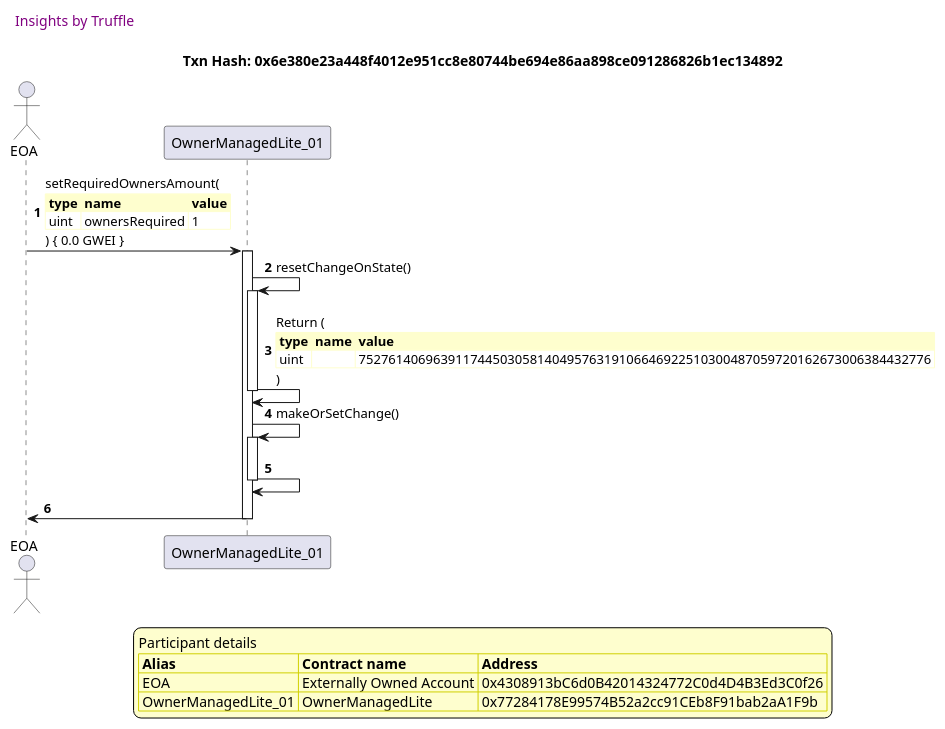
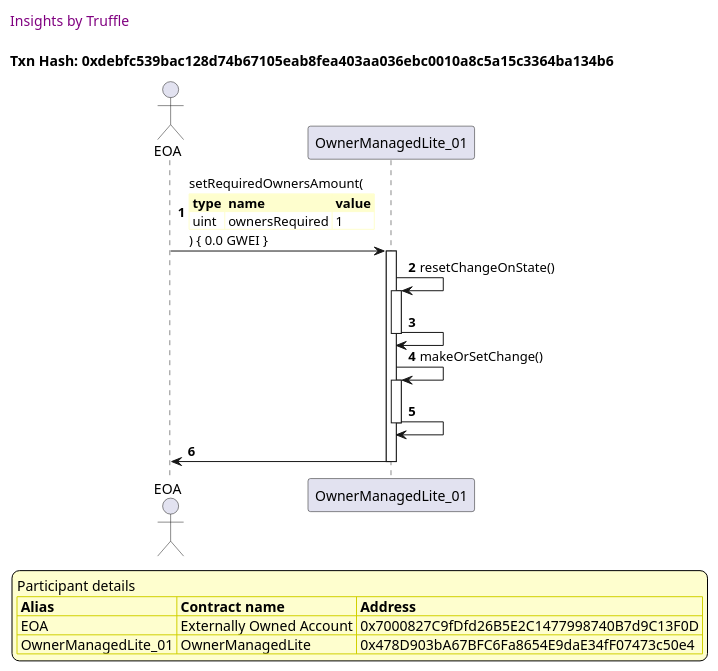
One commit to thedarkjester/ConsensysAssignment changed diagram 12 of 31 in truffle-seq/OwnerManagedLite_test_griefing_prevention.md. Above: the diagram before and after it, drawn with PlantUML. The commit also changed other lines of this file and 13 other files, not shown here.

````diff
--- a/truffle-seq/OwnerManagedLite_test_griefing_prevention.md
+++ b/truffle-seq/OwnerManagedLite_test_griefing_prevention.md
@@ -598,47 +552,44 @@
 ```plantuml
 
 
 @startuml
 
 autonumber
 skinparam legendBackgroundColor #FEFECE
 
 <style>
       header {
         HorizontalAlignment left
         FontColor purple
         FontSize 14
         Padding 10
       }
     </style>
 
 header Insights by Truffle
 
-title Txn Hash: 0x6e380e23a448f4012e951cc8e80744be694e86aa898ce091286826b1ec134892
+title Txn Hash: 0xdebfc539bac128d74b67105eab8fea403aa036ebc0010a8c5a15c3364ba134b6
 
 
 actor EOA as "EOA"
 participant OwnerManagedLite_01 as "OwnerManagedLite_01"
 
 "EOA" -> "OwnerManagedLite_01" ++: setRequiredOwnersAmount(\n\
 <#FEFECE,#FEFECE>|= type |= name |= value |\n\
 | uint | ownersRequired | 1 |\n\
 ) { 0.0 GWEI }
 "OwnerManagedLite_01" -> "OwnerManagedLite_01" ++: resetChangeOnState()
-"OwnerManagedLite_01" -> "OwnerManagedLite_01" --: Return (\n\
-<#FEFECE,#FEFECE>|= type |= name |= value |\n\
-| uint |  | 75276140696391174450305814049576319106646922510300487059720162673006384432776 |\n\
-)
+"OwnerManagedLite_01" -> "OwnerManagedLite_01" --: 
 "OwnerManagedLite_01" -> "OwnerManagedLite_01" ++: makeOrSetChange()
 "OwnerManagedLite_01" -> "OwnerManagedLite_01" --: 
 "OwnerManagedLite_01" -> "EOA" --: 
 
 legend
 Participant details
 <#FEFECE,#D0D000>|= Alias |= Contract name |= Address |
-<#FEFECE>| EOA | Externally Owned Account | 0x4308913bC6d0B42014324772C0d4D4B3Ed3C0f26 |
-<#FEFECE>| OwnerManagedLite_01 | OwnerManagedLite | 0x77284178E99574B52a2cc91CEb8F91bab2aA1F9b |
+<#FEFECE>| EOA | Externally Owned Account | 0x7000827C9fDfd26B5E2C1477998740B7d9C13F0D |
+<#FEFECE>| OwnerManagedLite_01 | OwnerManagedLite | 0x478D903bA67BFC6Fa8654E9daE34fF07473c50e4 |
 endlegend
 
 @enduml
 ```
````
